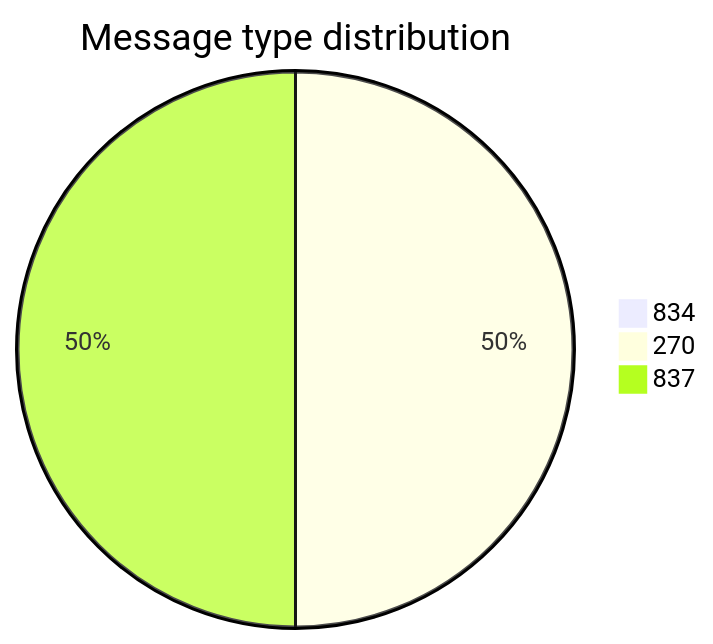
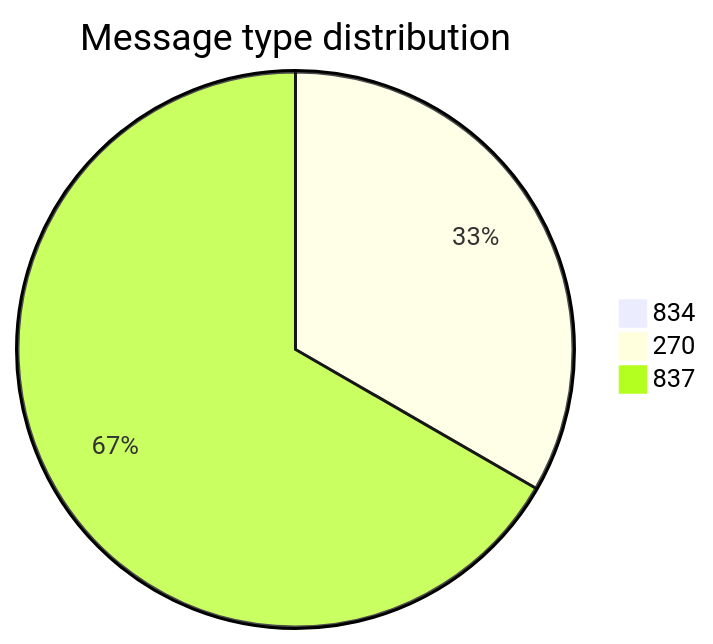
Before and after one commit to dhagan-va/intern-2025: the first of 10 diagrams in test-tools/DataGen/src/Statistics_Visualizer.md, drawn with Mermaid. The commit also changed other lines of this file and 2 other files, not shown here.

````diff
--- a/test-tools/DataGen/src/Statistics_Visualizer.md
+++ b/test-tools/DataGen/src/Statistics_Visualizer.md
@@ -18,6 +18,6 @@
 ```mermaid
 pie title Message type distribution
     "834" : 0
     "270" : 100
-    "837" : 100
+    "837" : 200
 ```
````
